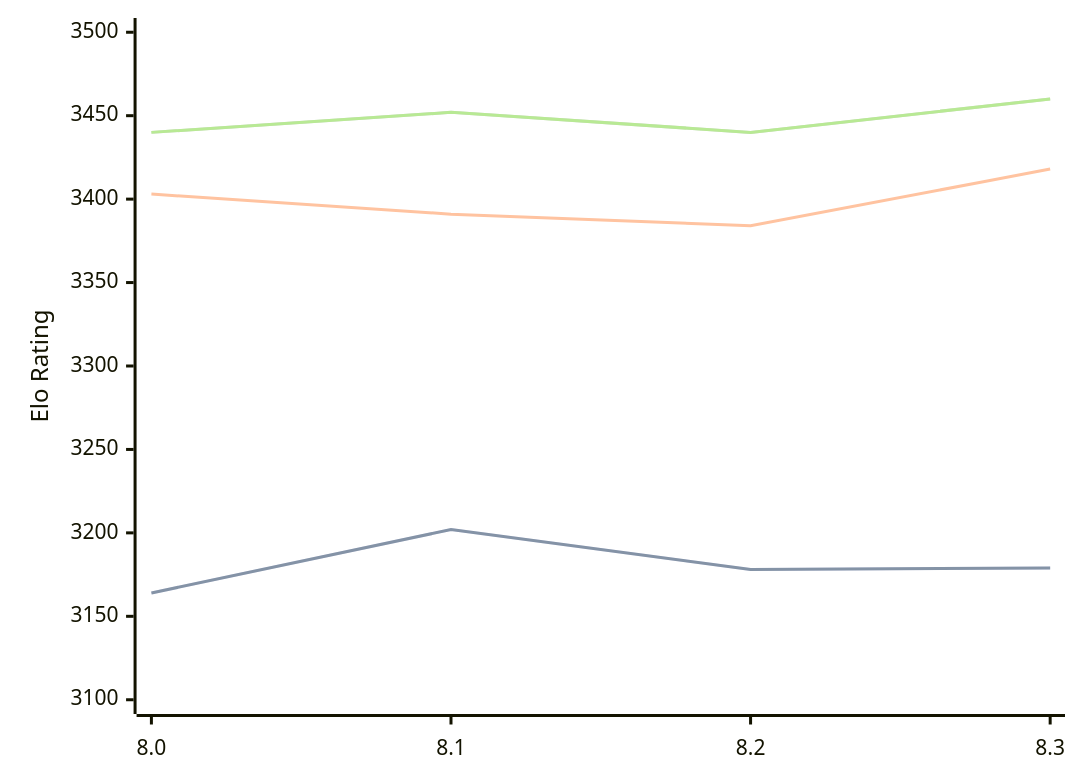
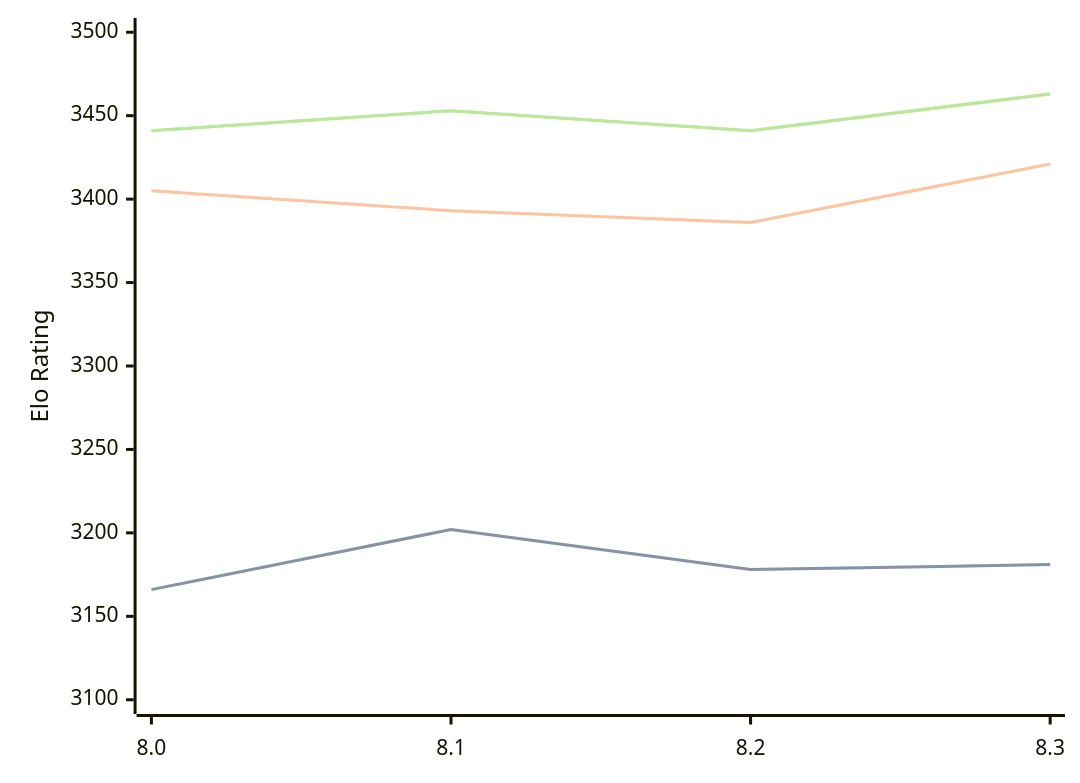
The diagram in engines/Alexander.md (computer-chess-index/cci), drawn with Mermaid before and after one commit. The commit also changed other lines of this file, not shown here.

Commit message:
Update CCI Ratings (ELO VLTC) - 2026-04-07

````diff
--- a/engines/Alexander.md
+++ b/engines/Alexander.md
@@ -48,11 +48,11 @@
 ```mermaid
 %%{init: {"theme":"base","themeVariables":{"seriesColors:['#a3a3a3','#222221','#faa371']}}}%%
 xychart-beta
   x-axis ["8.0", "8.1", "8.2", "8.3"]
   y-axis "Elo Rating" 3100 --> 3500
-  line "STC (8.0+0.08s)" [3164, 3202, 3178, 3179]
-  line "STC (8.0+0.08s)" [3164, 3202, 3178, 3179]
-  line "LTC (60.0+0.60s)" [3403, 3391, 3384, 3418]
-  line "VLTC (2m24s+1.12s)" [3440, 3452, 3440, 3460]
-  line "VLTC (2m24s+1.12s)" [3440, 3452, 3440, 3460]
+  line "STC (8.0+0.08s)" [3166, 3202, 3178, 3181]
+  line "STC (8.0+0.08s)" [3166, 3202, 3178, 3181]
+  line "LTC (60.0+0.60s)" [3405, 3393, 3386, 3421]
+  line "VLTC (2m24s+1.12s)" [3441, 3453, 3441, 3463]
+  line "VLTC (2m24s+1.12s)" [3441, 3453, 3441, 3463]
 ```
````
